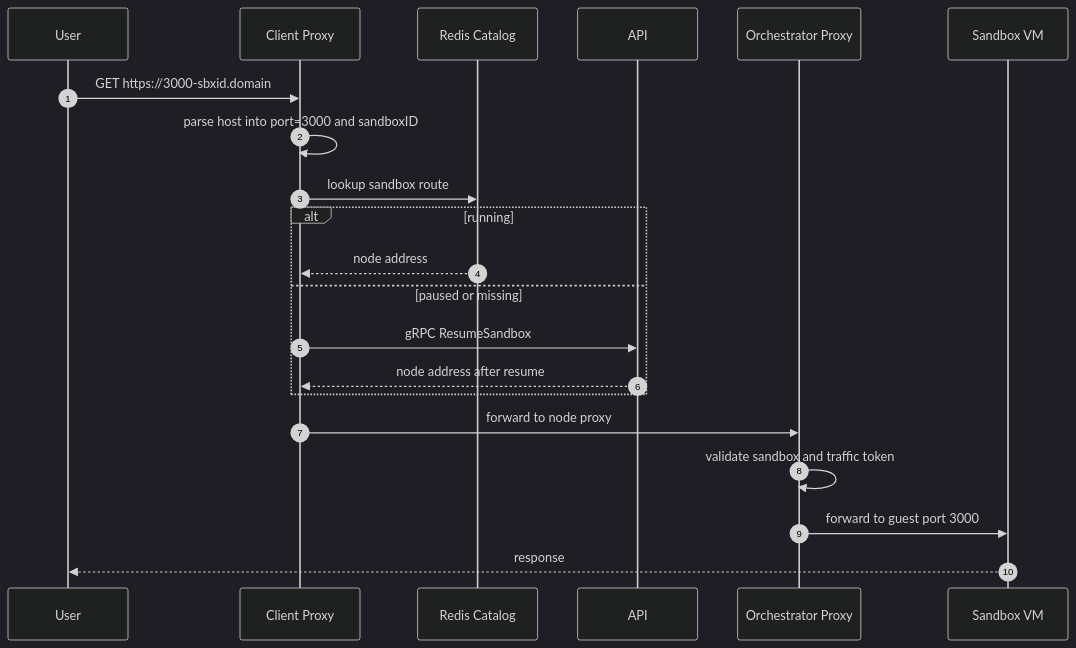
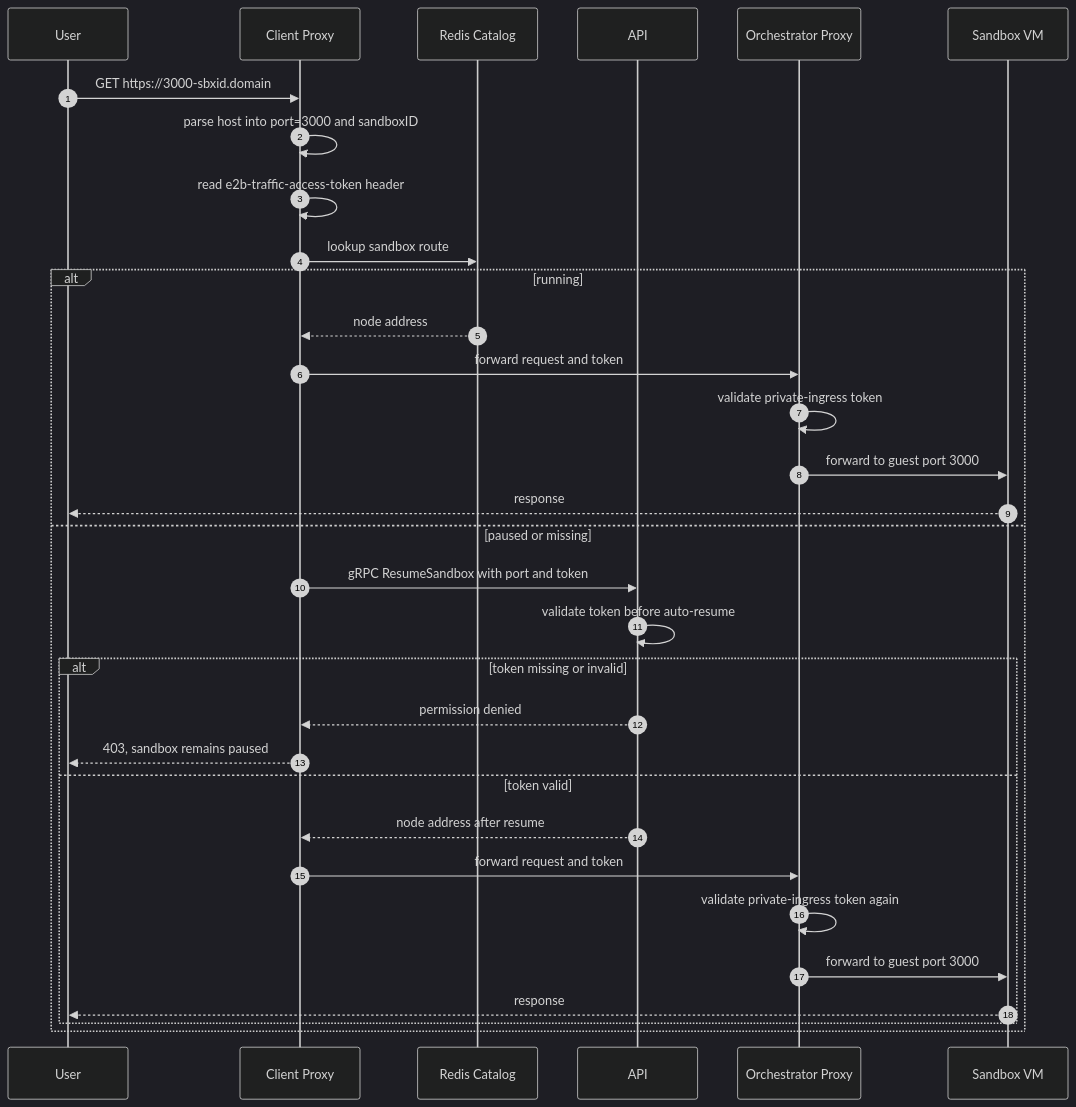
Before and after one commit to kebyn/AI-Infrastructure: the fourth of 6 diagrams in E2B-Deep-Dive.md, drawn with Mermaid (dark theme). The commit also changed other lines of this file, not shown here.

Commit message:
docs: document E2B sandbox port authentication

````diff
--- a/E2B-Deep-Dive.md
+++ b/E2B-Deep-Dive.md
@@ -332,24 +410,35 @@
 ```mermaid
 sequenceDiagram
     autonumber
     participant U as User
     participant CP as Client Proxy
     participant R as Redis Catalog
     participant API as API
     participant OP as Orchestrator Proxy
     participant VM as Sandbox VM
 
     U->>CP: GET https://3000-sbxid.domain
     CP->>CP: parse host into port=3000 and sandboxID
+    CP->>CP: read e2b-traffic-access-token header
     CP->>R: lookup sandbox route
     alt running
         R-->>CP: node address
+        CP->>OP: forward request and token
+        OP->>OP: validate private-ingress token
+        OP->>VM: forward to guest port 3000
+        VM-->>U: response
     else paused or missing
-        CP->>API: gRPC ResumeSandbox
-        API-->>CP: node address after resume
+        CP->>API: gRPC ResumeSandbox with port and token
+        API->>API: validate token before auto-resume
+        alt token missing or invalid
+            API-->>CP: permission denied
+            CP-->>U: 403, sandbox remains paused
+        else token valid
+            API-->>CP: node address after resume
+            CP->>OP: forward request and token
+            OP->>OP: validate private-ingress token again
+            OP->>VM: forward to guest port 3000
+            VM-->>U: response
+        end
     end
-    CP->>OP: forward to node proxy
-    OP->>OP: validate sandbox and traffic token
-    OP->>VM: forward to guest port 3000
-    VM-->>U: response
 ```
````
